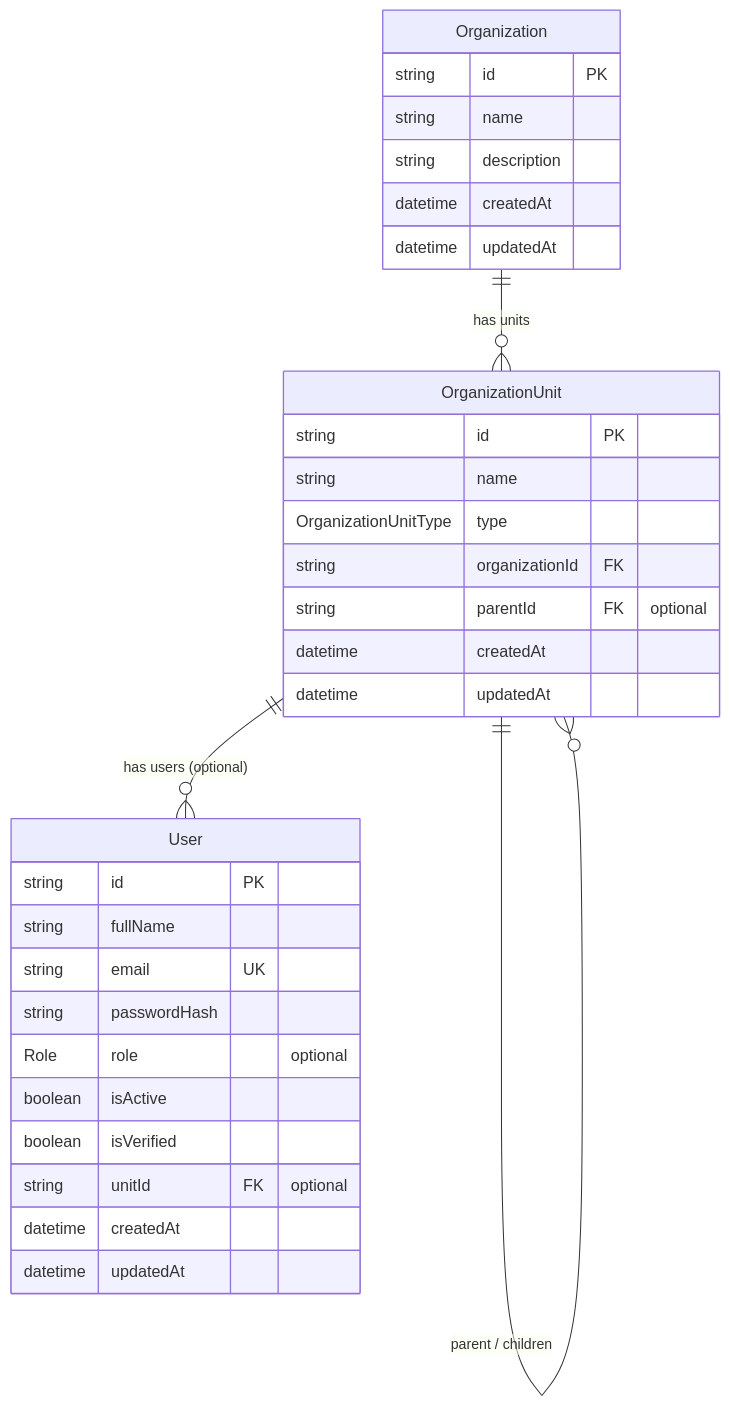
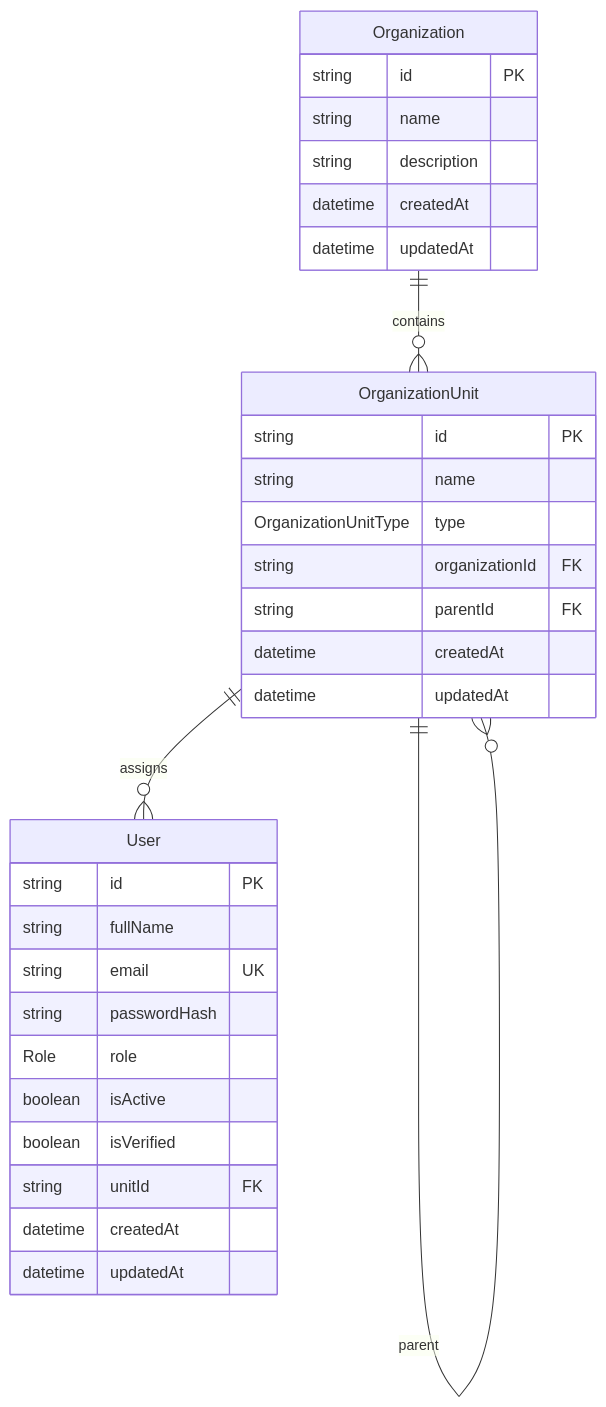
One commit to GHK73/enterprise-rag-platform changed the diagram in docs/DATABASE.md. Above: the diagram before and after it, drawn with Mermaid. The commit also changed other lines of this file and 5 other files, not shown here.

````diff
--- a/docs/DATABASE.md
+++ b/docs/DATABASE.md
@@ -60,37 +87,38 @@
 ```mermaid
 erDiagram
-    Organization ||--o{ OrganizationUnit : "has units"
-    OrganizationUnit ||--o{ OrganizationUnit : "parent / children"
-    OrganizationUnit ||--o{ User : "has users (optional)"
+
+    Organization ||--o{ OrganizationUnit : contains
+    OrganizationUnit ||--o{ OrganizationUnit : parent
+    OrganizationUnit ||--o{ User : assigns
 
     Organization {
         string id PK
         string name
         string description
         datetime createdAt
         datetime updatedAt
     }
 
     OrganizationUnit {
         string id PK
         string name
         OrganizationUnitType type
         string organizationId FK
-        string parentId FK "optional"
+        string parentId FK
         datetime createdAt
         datetime updatedAt
     }
 
     User {
         string id PK
         string fullName
         string email UK
         string passwordHash
-        Role role "optional"
+        Role role
         boolean isActive
         boolean isVerified
-        string unitId FK "optional"
+        string unitId FK
         datetime createdAt
         datetime updatedAt
     }
 ```
````
